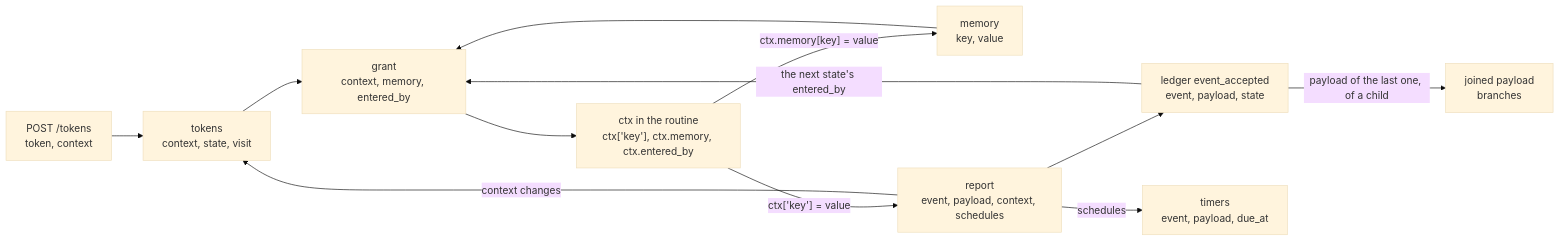
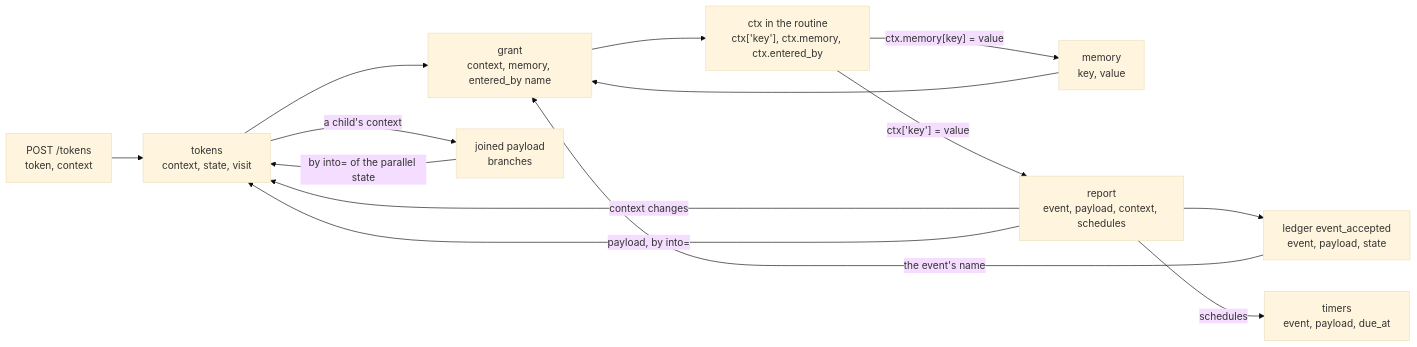
Before and after one commit to StateousLabs/stateous: the second of 2 diagrams in docs/inside/data.md, drawn with Mermaid (base theme). The commit also changed other lines of this file and 17 other files, not shown here.

````diff
--- a/docs/inside/data.md
+++ b/docs/inside/data.md
@@ -125,14 +125,16 @@
 ```mermaid
 flowchart LR
     startbody["POST /tokens<br/>token, context"] --> tokenrow["tokens<br/>context, state, visit"]
-    tokenrow --> grant["grant<br/>context, memory, entered_by"]
+    tokenrow --> grant["grant<br/>context, memory, entered_by name"]
     memoryrow["memory<br/>key, value"] --> grant
     grant --> ctx["ctx in the routine<br/>ctx['key'], ctx.memory, ctx.entered_by"]
     ctx -->|"ctx['key'] = value"| outcome["report<br/>event, payload, context, schedules"]
     ctx -->|"ctx.memory[key] = value"| memoryrow
     outcome --> accepted["ledger event_accepted<br/>event, payload, state"]
     outcome -->|"context changes"| tokenrow
     outcome -->|"schedules"| timerrow["timers<br/>event, payload, due_at"]
-    accepted -->|"the next state's entered_by"| grant
-    accepted -->|"payload of the last one, of a child"| branches["joined payload<br/>branches"]
+    outcome -->|"payload, by into="| tokenrow
+    accepted -->|"the event's name"| grant
+    tokenrow -->|"a child's context"| branches["joined payload<br/>branches"]
+    branches -->|"by into= of the parallel state"| tokenrow
 ```
````
